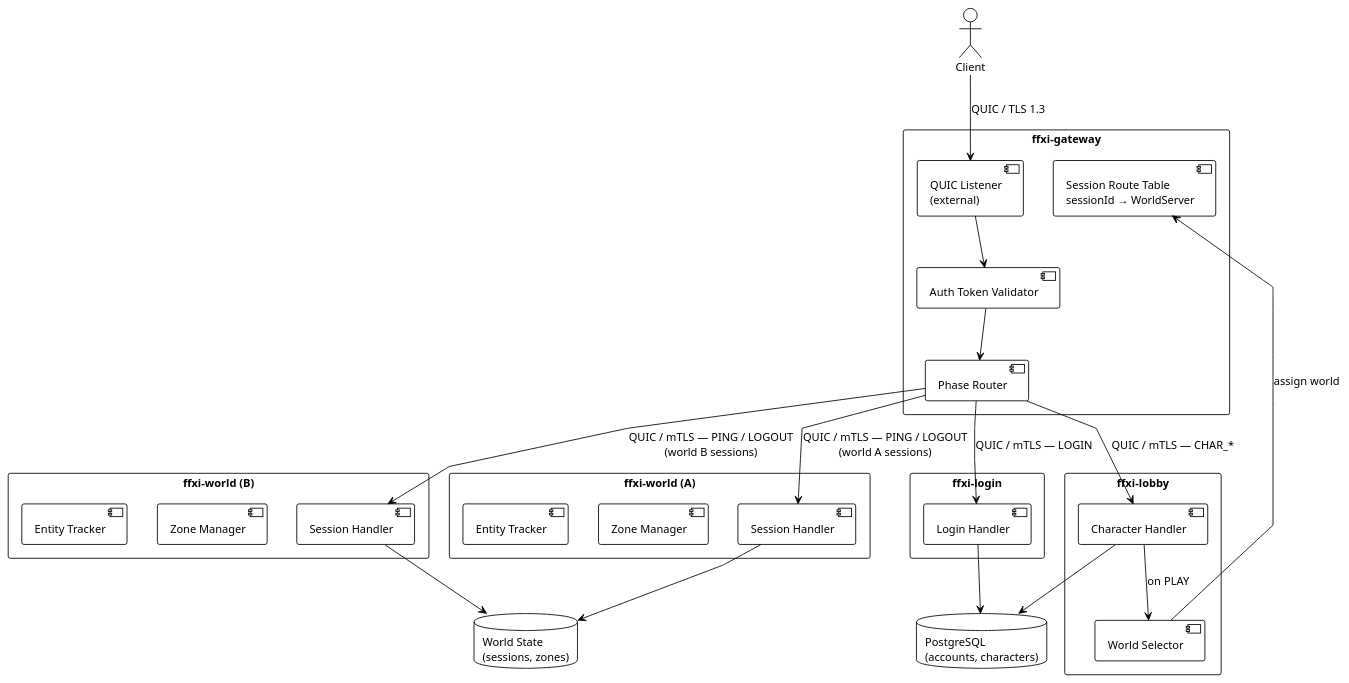
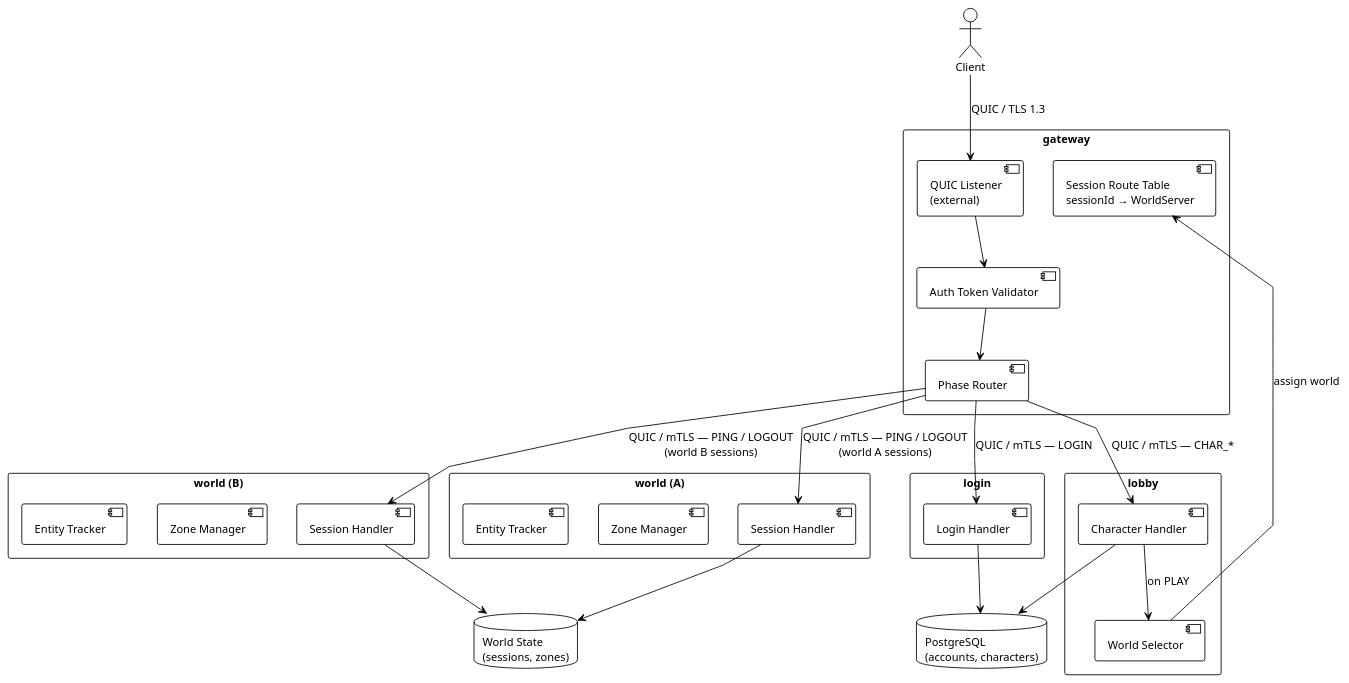
Before and after one commit to TheStackTraceWhisperer/catalyst: the fourth of 8 diagrams in docs/network-architecture.md, drawn with PlantUML. The commit also changed other lines of this file and 185 other files, not shown here.

````diff
--- a/docs/network-architecture.md
+++ b/docs/network-architecture.md
@@ -164,54 +164,54 @@
 ```plantuml
 @startuml multiserver
 !theme plain
 skinparam defaultFontSize 13
 skinparam linetype polyline
 
 actor Client
 
-rectangle "ffxi-gateway" as GW {
+rectangle "gateway" as GW {
   component [QUIC Listener\n(external)] as QL
   component [Auth Token Validator] as ATV
   component [Phase Router] as PR
   component [Session Route Table\nsessionId → WorldServer] as RT
 }
 
-rectangle "ffxi-login" as LS {
+rectangle "login" as LS {
   component [Login Handler] as LH
 }
 
-rectangle "ffxi-lobby" as LBS {
+rectangle "lobby" as LBS {
   component [Character Handler] as CH
   component [World Selector] as WSel
 }
 
-rectangle "ffxi-world (A)" as WA {
+rectangle "world (A)" as WA {
   component [Session Handler] as SHA
   component [Zone Manager] as ZMA
   component [Entity Tracker] as ETA
 }
 
-rectangle "ffxi-world (B)" as WB {
+rectangle "world (B)" as WB {
   component [Session Handler] as SHB
   component [Zone Manager] as ZMB
   component [Entity Tracker] as ETB
 }
 
 database "PostgreSQL\n(accounts, characters)" as DB
 database "World State\n(sessions, zones)" as WST
 
 Client --> QL : QUIC / TLS 1.3
 QL --> ATV
 ATV --> PR
 PR --> LH : QUIC / mTLS — LOGIN
 PR --> CH : QUIC / mTLS — CHAR_*
 CH --> WSel : on PLAY
 WSel --> RT : assign world
 PR --> SHA : QUIC / mTLS — PING / LOGOUT\n(world A sessions)
 PR --> SHB : QUIC / mTLS — PING / LOGOUT\n(world B sessions)
 LH --> DB
 CH --> DB
 SHA --> WST
 SHB --> WST
 @enduml
 ```
````
